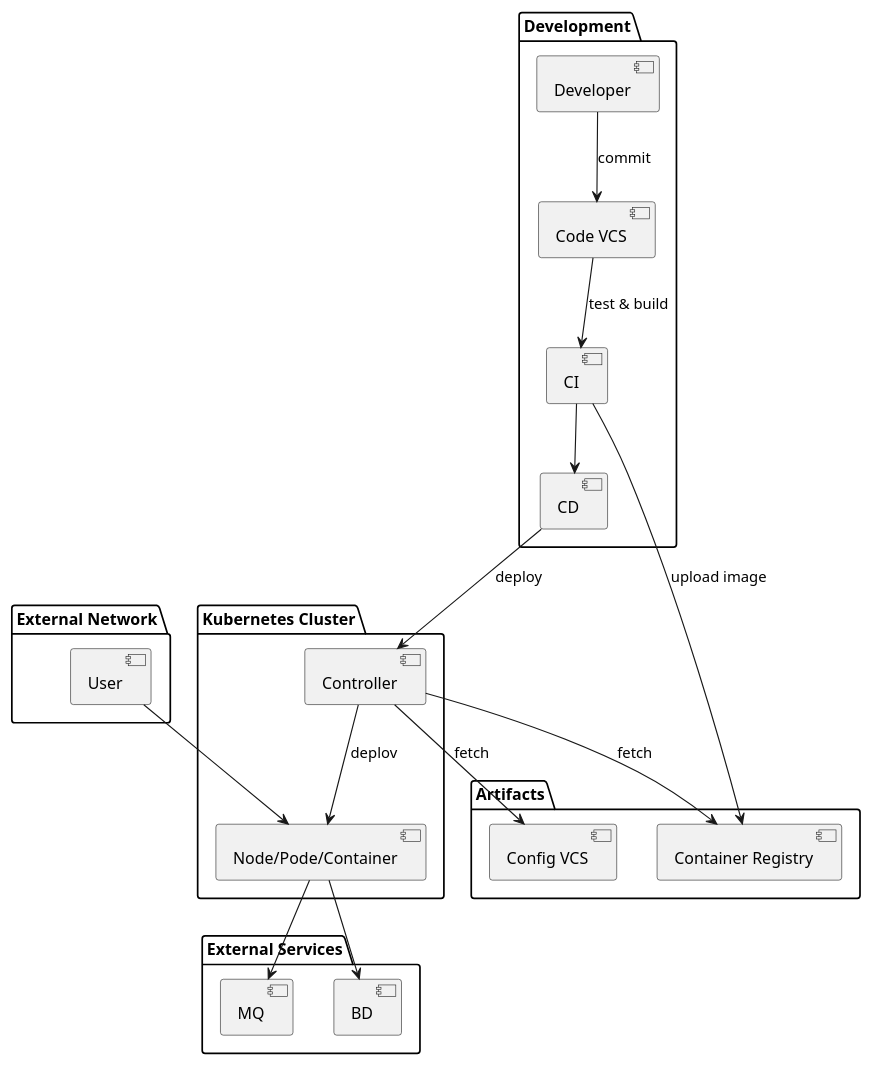
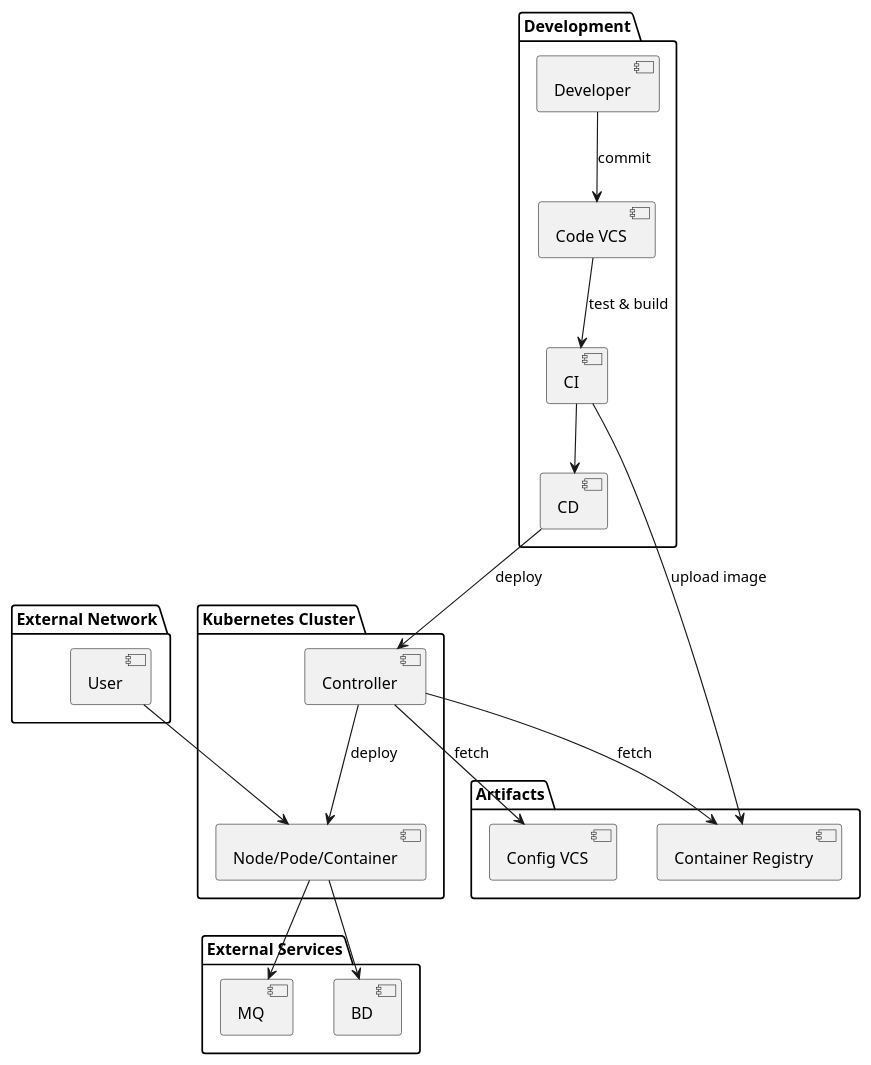
The diagram in 2. Технический проект/С4/maintenance.puml (NoSiReapo/PPO), drawn with PlantUML before and after one commit. The commit also changed 1 other file, not shown here.

```diff
--- a/2. Технический проект/С4/maintenance.puml
+++ b/2. Технический проект/С4/maintenance.puml
@@ -1,57 +1,57 @@
 @startuml Parking Service Web App. maintenance
 'лекция или запись где всё объясняется CI/CD либо статья
 'left to right direction	
 top to bottom direction
 
 
 ' skin
 skinparam rectangle<<boundary>> {
     Shadowing false
     StereotypeFontSize 0
     FontColor #444444
     BorderColor #444444
     BorderStvle dashed
     BackgroundColor #FFFFFF
     allign right
 }
 
 package "Development" {
     [Developer]
     [Code VCS]
     [CI]
     [CD]
 }
 [Developer] --> [Code VCS]: "commit" 
 [Code VCS] --> [CI]: "test & build"
 [CI] --> [CD]
 'вытаскиевает из хранилища образов нужный образ 
 package "Kubernetes Cluster" {  
     [Controller]
     [Node/Pode/Container] 
 }
-[Controller] --> [Node/Pode/Container]: "deplov" 
+[Controller] --> [Node/Pode/Container]: "deploy" 
 [CD] --> [Controller]: "deploy" 
 
 package "External Services" {
     [MQ]
     [BD]
 }
 [Node/Pode/Container] --> [MQ]
 [Node/Pode/Container] --> [BD]
 
 package "External Network" {
    [User]
 }
 [User] --> [Node/Pode/Container]
 
 package "Artifacts" {
     [Container Registry]
     [Config VCS]
 }
 [CI] --> [Container Registry]: "upload image"
 [Controller] --> [Container Registry]: "fetch"
 [Controller] --> [Config VCS]: "fetch"
 
 
 
 @enduml
```
